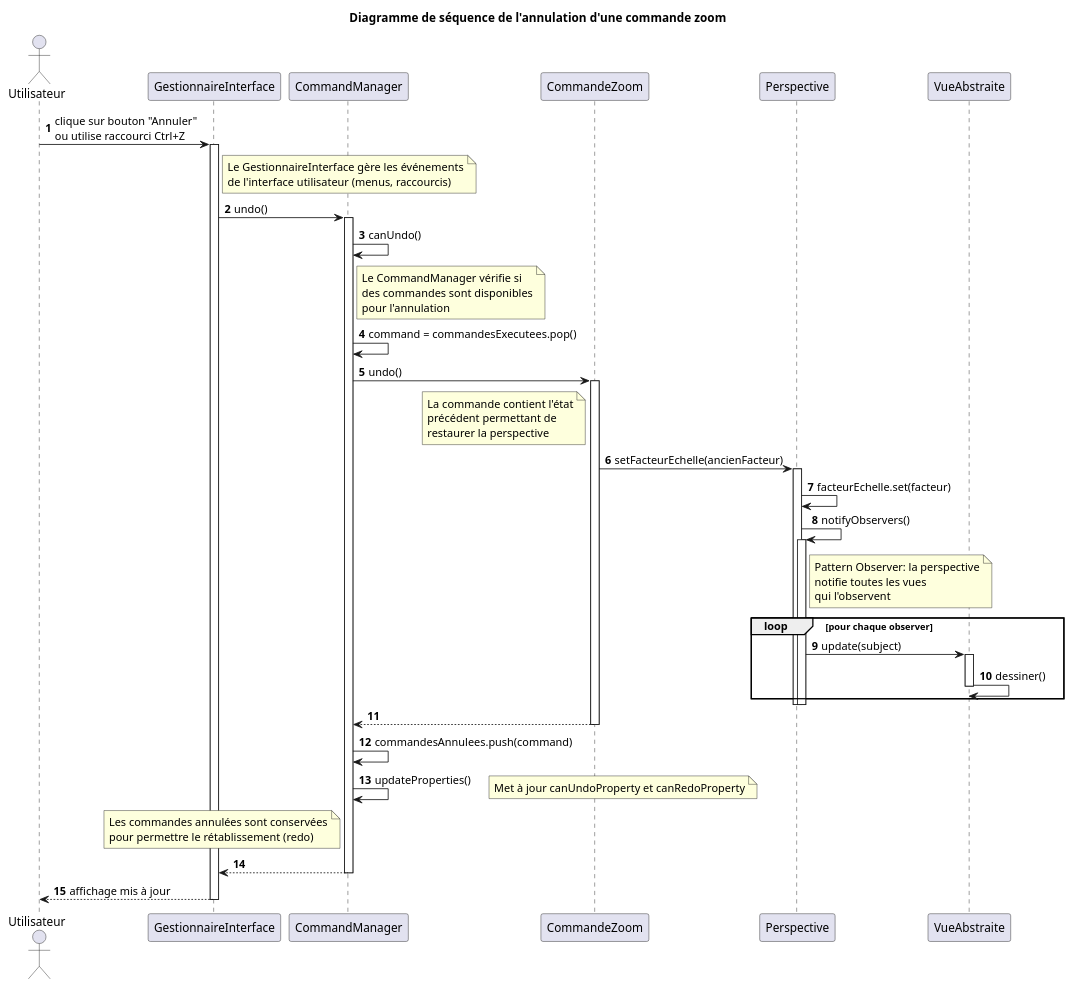
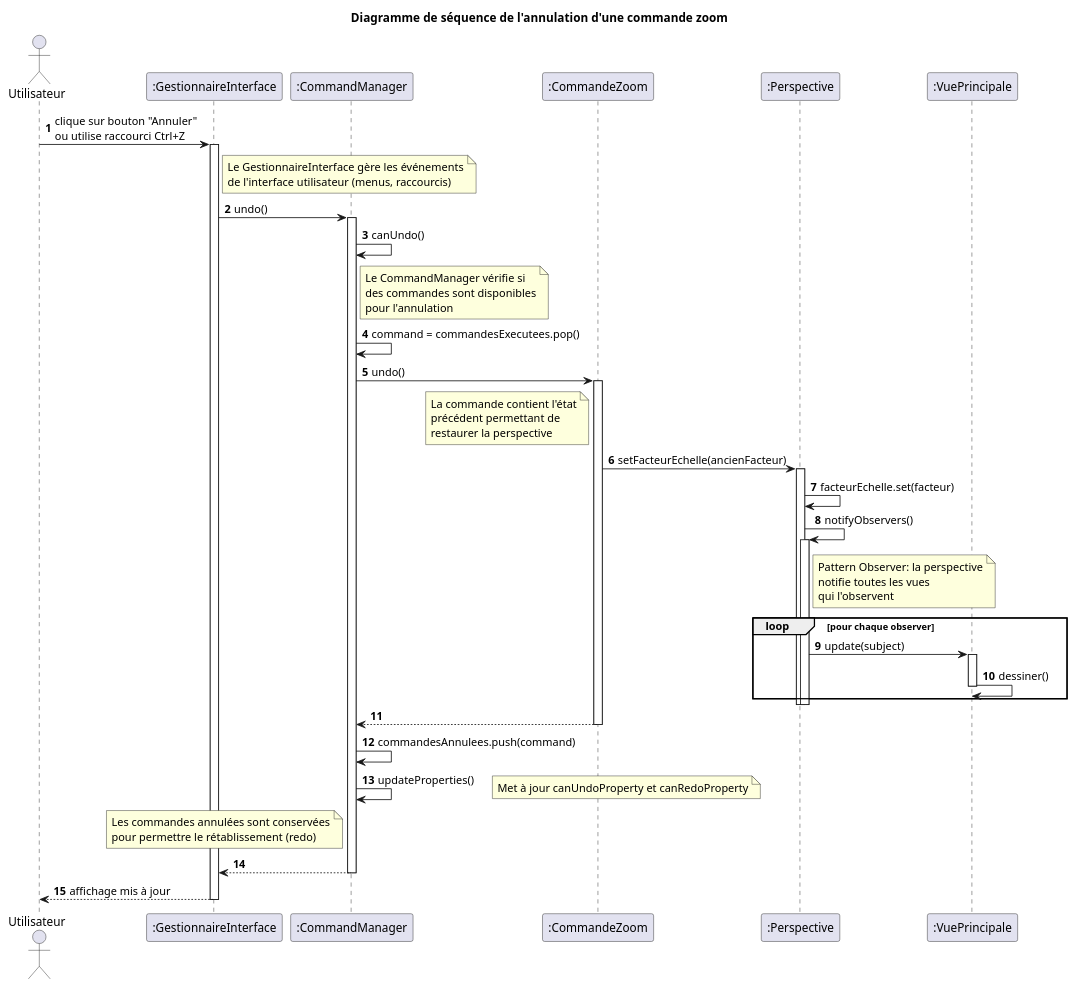
One commit to MasterGragra/LOG_Labo5 changed the diagram in docs/ds2.puml. Above: the diagram before and after it, drawn with PlantUML.

```diff
--- a/docs/ds2.puml
+++ b/docs/ds2.puml
@@ -1,70 +1,70 @@
 @startuml
 autonumber
 title Diagramme de séquence de l'annulation d'une commande zoom
 actor Utilisateur
-participant "GestionnaireInterface" as GUI
-participant "CommandManager" as CmdMgr
-participant "CommandeZoom" as Cmd
-participant "Perspective" as Model
-participant "VueAbstraite" as Vue
+participant ":GestionnaireInterface" as GUI
+participant ":CommandManager" as CmdMgr
+participant ":CommandeZoom" as Cmd
+participant ":Perspective" as Model
+participant ":VuePrincipale" as Vue
 
 Utilisateur -> GUI : clique sur bouton "Annuler" \nou utilise raccourci Ctrl+Z
 activate GUI
     note right of GUI
         Le GestionnaireInterface gère les événements
         de l'interface utilisateur (menus, raccourcis)
     end note
 
     GUI -> CmdMgr : undo()
     activate CmdMgr
         CmdMgr -> CmdMgr : canUndo()
         note right of CmdMgr
             Le CommandManager vérifie si
             des commandes sont disponibles
             pour l'annulation
         end note
 
         CmdMgr -> CmdMgr : command = commandesExecutees.pop()
         CmdMgr -> Cmd : undo()
         activate Cmd
             note left of Cmd
                 La commande contient l'état
                 précédent permettant de
                 restaurer la perspective
             end note
 
             Cmd -> Model : setFacteurEchelle(ancienFacteur)
             activate Model
                 Model -> Model : facteurEchelle.set(facteur)
                 Model -> Model : notifyObservers()
                 activate Model
                     note right of Model
                         Pattern Observer: la perspective
                         notifie toutes les vues
                         qui l'observent
                     end note
 
                     loop pour chaque observer
                         Model -> Vue : update(subject)
                         activate Vue
                             Vue -> Vue : dessiner()
                         deactivate Vue
                     end
                 deactivate Model
             deactivate Model
             Cmd --> CmdMgr
         deactivate Cmd
 
         CmdMgr -> CmdMgr : commandesAnnulees.push(command)
         CmdMgr -> CmdMgr : updateProperties()
         note right: Met à jour canUndoProperty et canRedoProperty
         note left of CmdMgr
             Les commandes annulées sont conservées
             pour permettre le rétablissement (redo)
         end note
 
         CmdMgr --> GUI
     deactivate CmdMgr
     GUI --> Utilisateur : affichage mis à jour
 deactivate GUI
 @enduml
```
